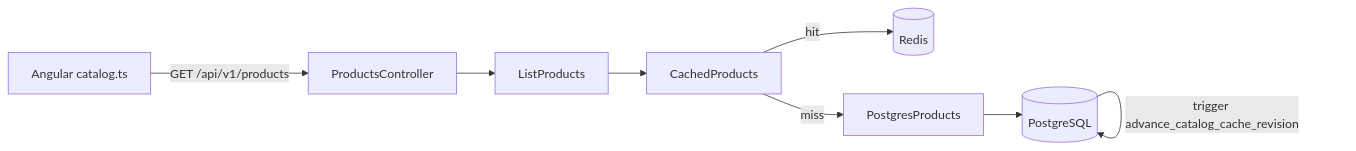
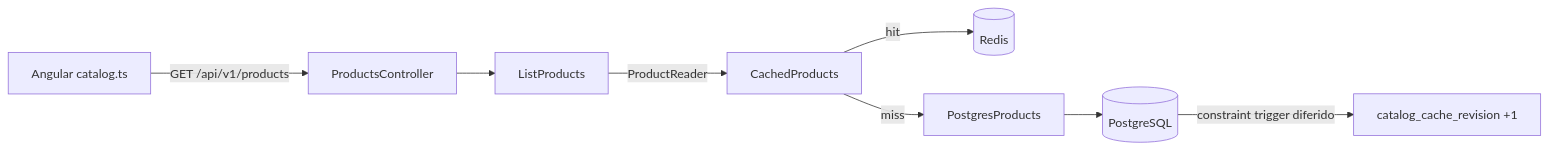
One commit to Yeltsin-MC/MayoristaPro-B2B-ArquitSoft changed the diagram in docs/sprint-2/sdd/01-catalogo/design.md. Above: the diagram before and after it, drawn with Mermaid. The commit also changed other lines of this file and 5 other files, not shown here.

````diff
--- a/docs/sprint-2/sdd/01-catalogo/design.md
+++ b/docs/sprint-2/sdd/01-catalogo/design.md
@@ -9,10 +62,10 @@
 ```mermaid
 flowchart LR
   A[Angular catalog.ts] -->|GET /api/v1/products| B[ProductsController]
   B --> C[ListProducts]
-  C --> D[CachedProducts]
+  C -->|ProductReader| D[CachedProducts]
   D -->|hit| R[(Redis)]
   D -->|miss| E[PostgresProducts]
   E --> P[(PostgreSQL)]
-  P -->|trigger advance_catalog_cache_revision| P
+  P -->|constraint trigger diferido| V[catalog_cache_revision +1]
 ```
````
